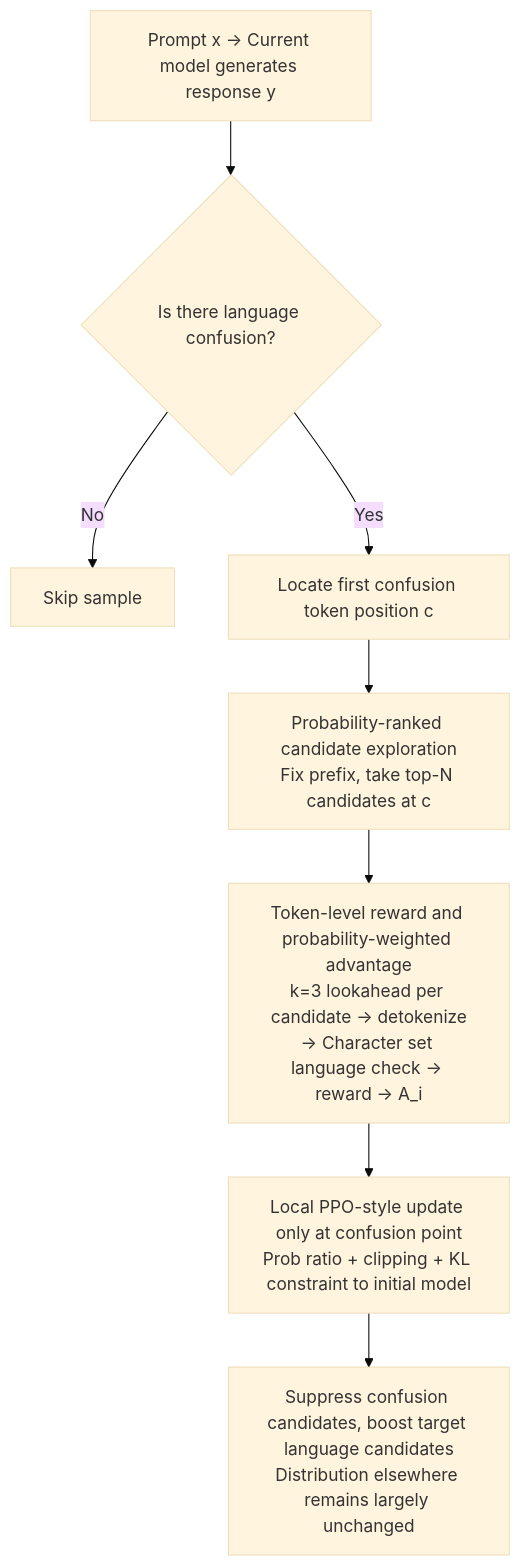
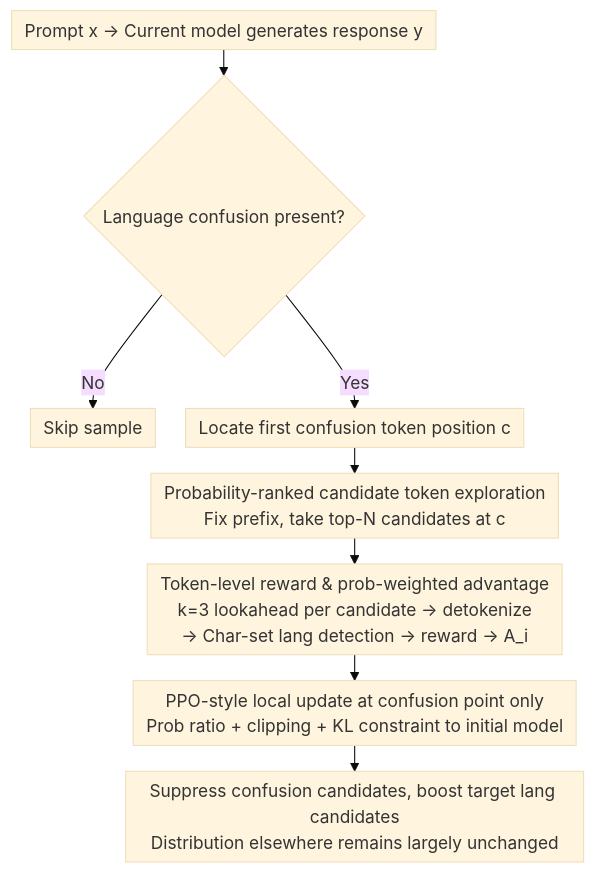
Before and after one commit to zhaoyang97/Paper-Notes-en: the diagram in docs/ACL2026/multilingual_mt/tlpo_token-level_policy_optimization_for_mitigating_language_confusion_in_large_.md, drawn with Mermaid (base theme). The commit also changed other lines of this file and 5084 other files, not shown here.

````diff
--- a/docs/ACL2026/multilingual_mt/tlpo_token-level_policy_optimization_for_mitigating_language_confusion_in_large_.md
+++ b/docs/ACL2026/multilingual_mt/tlpo_token-level_policy_optimization_for_mitigating_language_confusion_in_large_.md
@@ -43,10 +43,11 @@
 ```mermaid
-graph TD
-    A["Prompt x → Current model generates response y"] --> B{"Is there language confusion?"}
+%%{init: {'flowchart': {'rankSpacing': 24, 'nodeSpacing': 28, 'padding': 6, 'wrappingWidth': 400}}}%%
+flowchart TD
+    A["Prompt x → Current model generates response y"] --> B{"Language confusion present?"}
     B -->|No| S["Skip sample"]
     B -->|Yes| C["Locate first confusion token position c"]
-    C --> D["Probability-ranked candidate exploration<br/>Fix prefix, take top-N candidates at c"]
-    D --> E["Token-level reward and probability-weighted advantage<br/>k=3 lookahead per candidate → detokenize<br/>→ Character set language check → reward → A_i"]
-    E --> F["Local PPO-style update only at confusion point<br/>Prob ratio + clipping + KL constraint to initial model"]
-    F --> G["Suppress confusion candidates, boost target language candidates<br/>Distribution elsewhere remains largely unchanged"]
+    C --> D["Probability-ranked candidate token exploration<br/>Fix prefix, take top-N candidates at c"]
+    D --> E["Token-level reward & prob-weighted advantage<br/>k=3 lookahead per candidate → detokenize<br/>→ Char-set lang detection → reward → A_i"]
+    E --> F["PPO-style local update at confusion point only<br/>Prob ratio + clipping + KL constraint to initial model"]
+    F --> G["Suppress confusion candidates, boost target lang candidates<br/>Distribution elsewhere remains largely unchanged"]
 ```
````
